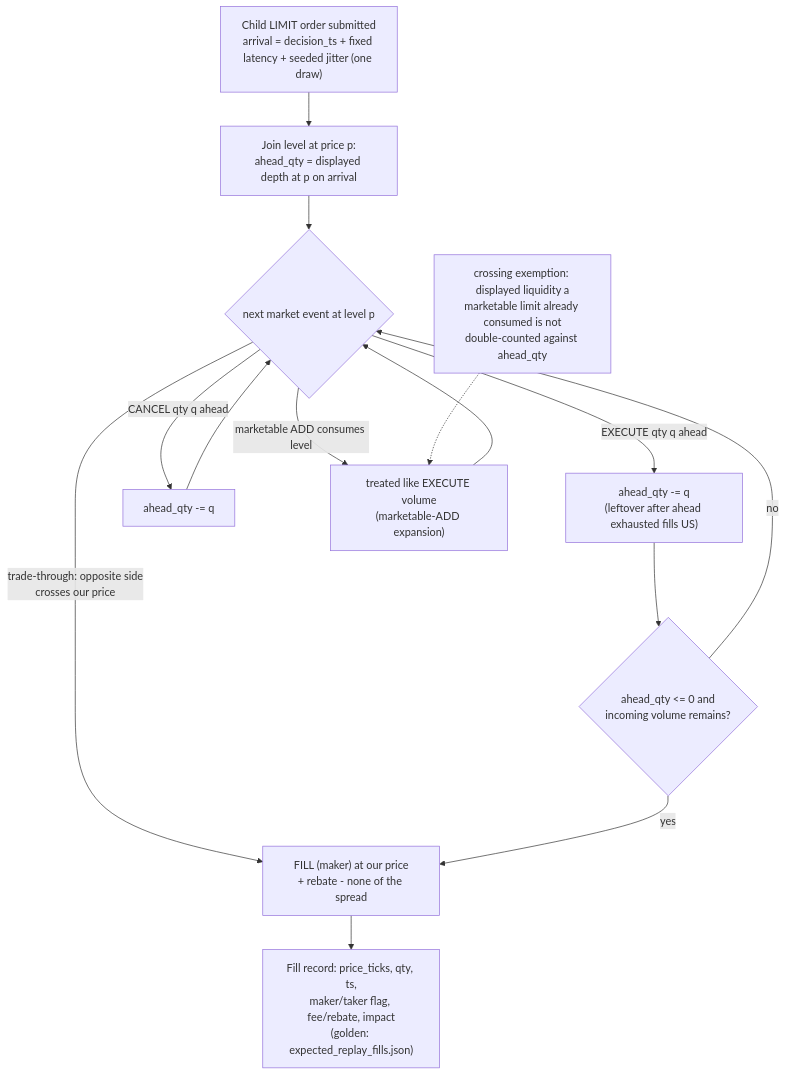
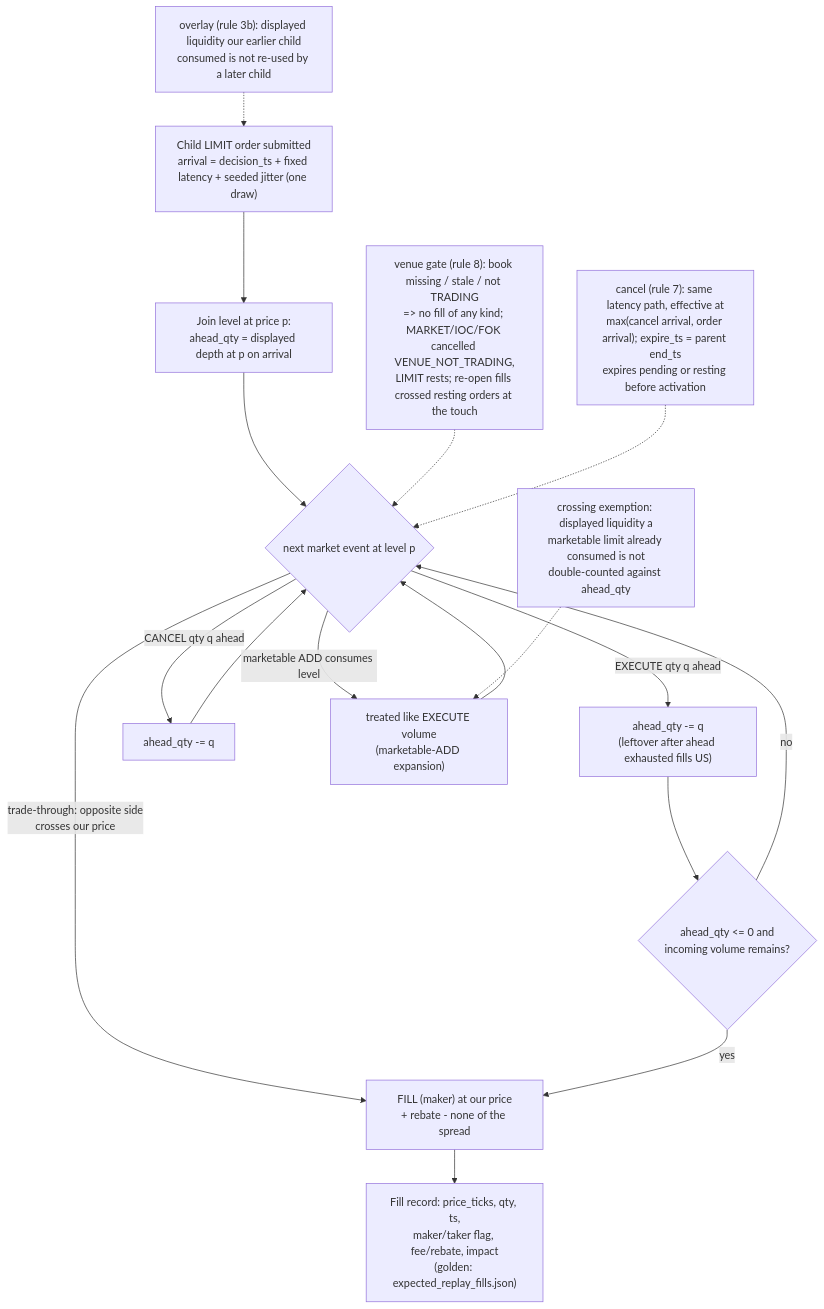
The sixth of 6 diagrams in docs/DIAGRAMS.md (AshJha0/intraday-alpha-platform), drawn with Mermaid before and after one commit. The commit also changed other lines of this file and 422 other files, not shown here.

````diff
--- a/docs/DIAGRAMS.md
+++ b/docs/DIAGRAMS.md
@@ -189,16 +196,19 @@
 ```mermaid
 flowchart TD
     SUB["Child LIMIT order submitted<br/>arrival = decision_ts + fixed latency + seeded jitter (one draw)"] --> JOIN["Join level at price p:<br/>ahead_qty = displayed depth at p on arrival"]
     JOIN --> OBS{"next market event at level p"}
     OBS -->|"EXECUTE qty q ahead"| DEC1["ahead_qty -= q<br/>(leftover after ahead exhausted fills US)"]
     OBS -->|"CANCEL qty q ahead"| DEC2["ahead_qty -= q"]
     OBS -->|"marketable ADD consumes level"| DEC3["treated like EXECUTE volume<br/>(marketable-ADD expansion)"]
     OBS -->|"trade-through: opposite side<br/>crosses our price"| FILL["FILL (maker) at our price<br/>+ rebate - none of the spread"]
     DEC1 --> CHK{"ahead_qty <= 0 and<br/>incoming volume remains?"}
     DEC2 --> OBS
     DEC3 --> OBS
     CHK -- yes --> FILL
     CHK -- no --> OBS
     FILL --> ACC["Fill record: price_ticks, qty, ts,<br/>maker/taker flag, fee/rebate, impact<br/>(golden: expected_replay_fills.json)"]
     CROSS["crossing exemption: displayed liquidity a<br/>marketable limit already consumed is not<br/>double-counted against ahead_qty"] -.-> DEC3
+    GATE["venue gate (rule 8): book missing / stale / not TRADING<br/>=> no fill of any kind; MARKET/IOC/FOK cancelled VENUE_NOT_TRADING,<br/>LIMIT rests; re-open fills crossed resting orders at the touch"] -.-> OBS
+    TIF["cancel (rule 7): same latency path, effective at<br/>max(cancel arrival, order arrival); expire_ts = parent end_ts<br/>expires pending or resting before activation"] -.-> OBS
+    OVL["overlay (rule 3b): displayed liquidity our earlier child<br/>consumed is not re-used by a later child"] -.-> SUB
 ```
````
